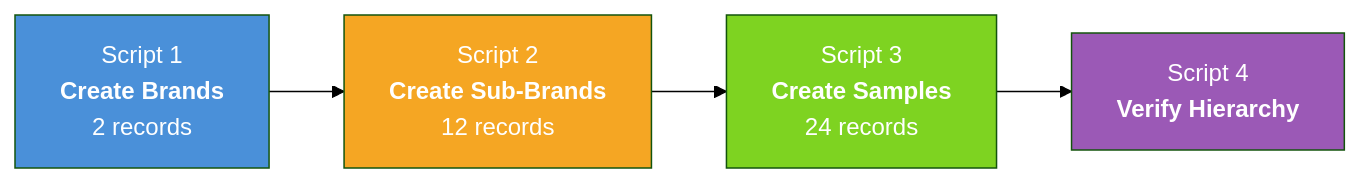
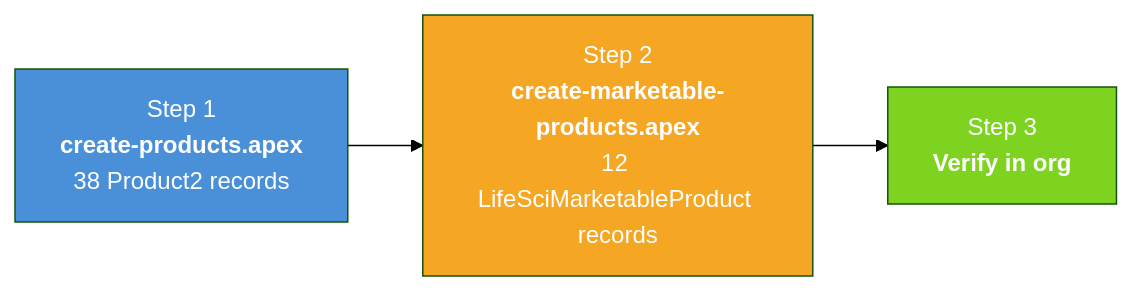
The first of 3 diagrams in README-04-Data-Loading-Scripts.md (afls-ideas/Multi-Country-Brand-Setup), drawn with Mermaid (forest theme) before and after one commit. The commit also changed other lines of this file, not shown here.

First line of the commit message:
Update README-04 with LifeSciMarketableProduct loading step

````diff
--- a/README-04-Data-Loading-Scripts.md
+++ b/README-04-Data-Loading-Scripts.md
@@ -7,11 +7,9 @@
 ```mermaid
 flowchart LR
-    S1["Script 1<br/><b>Create Brands</b><br/>2 records"] --> S2["Script 2<br/><b>Create Sub-Brands</b><br/>12 records"]
-    S2 --> S3["Script 3<br/><b>Create Samples</b><br/>24 records"]
-    S3 --> S4["Script 4<br/><b>Verify Hierarchy</b>"]
+    S1["Step 1<br/><b>create-products.apex</b><br/>38 Product2 records"] --> S2["Step 2<br/><b>create-marketable-products.apex</b><br/>12 LifeSciMarketableProduct records"]
+    S2 --> S3["Step 3<br/><b>Verify in org</b>"]
 
     style S1 fill:#4a90d9,color:#fff
     style S2 fill:#f5a623,color:#fff
     style S3 fill:#7ed321,color:#fff
-    style S4 fill:#9b59b6,color:#fff
 ```
````
